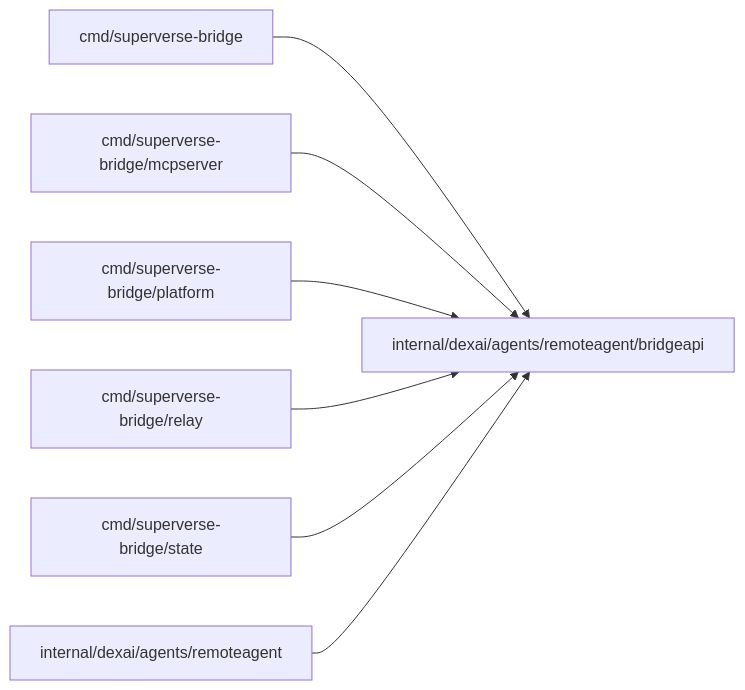
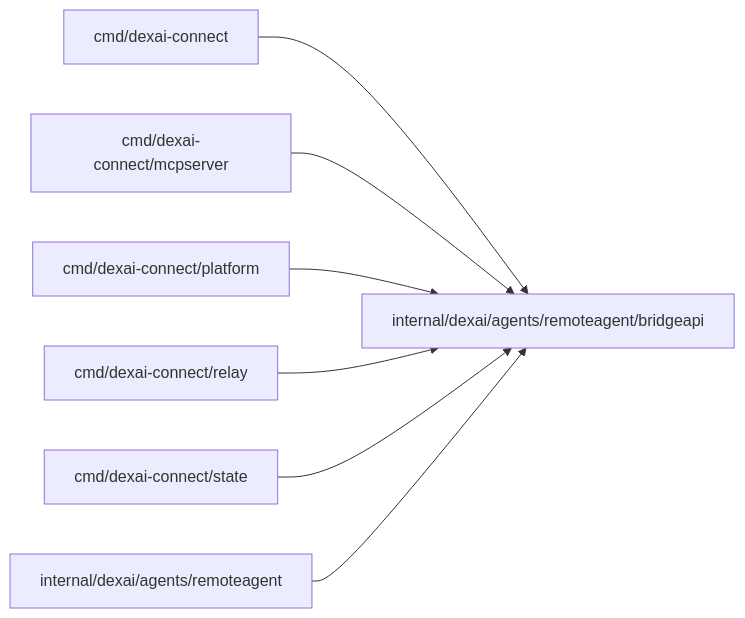
Before and after one commit to superdurable/superverse: the diagram in internal/dexai/agents/remoteagent/bridgeapi/README.md, drawn with Mermaid. The commit also changed other lines of this file and 83 other files, not shown here.

First line of the commit message:
DEXAICONNECT: Rename superverse-bridge to dexai-connect and package it for Homebrew

````diff
--- a/internal/dexai/agents/remoteagent/bridgeapi/README.md
+++ b/internal/dexai/agents/remoteagent/bridgeapi/README.md
@@ -10,10 +10,10 @@
 ```mermaid
 flowchart LR
   self["internal/dexai/agents/remoteagent/bridgeapi"]
-  c0["cmd/superverse-bridge"] --> self
-  c1["cmd/superverse-bridge/mcpserver"] --> self
-  c2["cmd/superverse-bridge/platform"] --> self
-  c3["cmd/superverse-bridge/relay"] --> self
-  c4["cmd/superverse-bridge/state"] --> self
+  c0["cmd/dexai-connect"] --> self
+  c1["cmd/dexai-connect/mcpserver"] --> self
+  c2["cmd/dexai-connect/platform"] --> self
+  c3["cmd/dexai-connect/relay"] --> self
+  c4["cmd/dexai-connect/state"] --> self
   c5["internal/dexai/agents/remoteagent"] --> self
 ```
````
